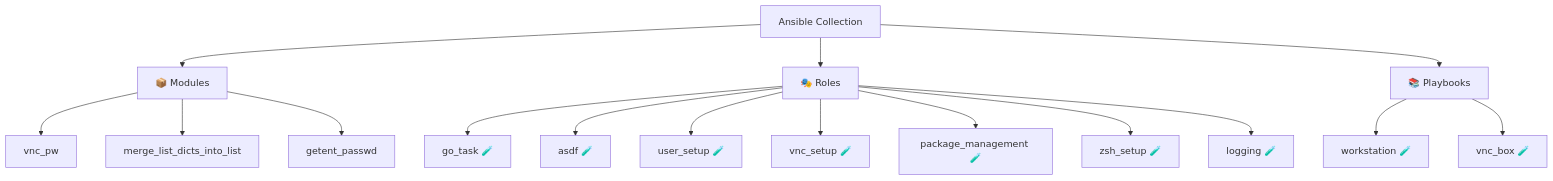
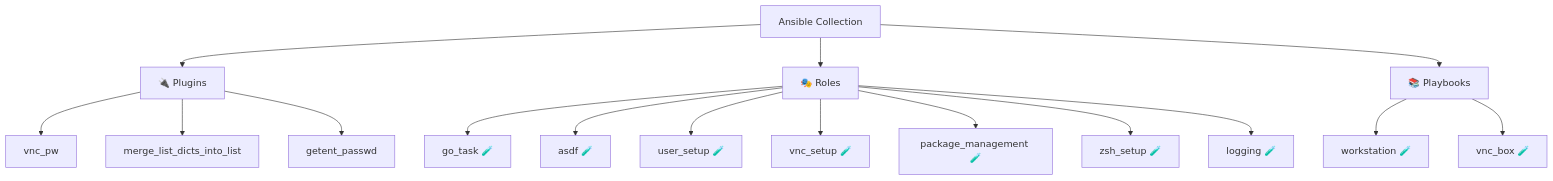
One commit to CowDogMoo/ansible-collection-workstation changed the diagram in README.md. Above: the diagram before and after it, drawn with Mermaid. The commit also changed 1 other file, not shown here.

Commit message:
refactor: replace modules with plugins in architecture diagram generation
**Changed:**

- Refactored internal structure and output to use "plugins" instead of "modules"
  for consistency with Ansible terminology in `.hooks/gen-arch-diagram.py`
- Updated Mermaid diagram generation to show plugins as a group, replacing the
  modules section and adjusting node labels for plugins and playbooks
- Removed handling and diagram output of GitHub workflows from architecture
  analysis and diagram
- Updated collection summary output to reflect plugins count instead of modules
- Adjusted README.md diagram to display plugins instead of modules, updated node
  labels for plugins and playbooks for clarity

````diff
--- a/README.md
+++ b/README.md
@@ -15,19 +15,19 @@
 ```mermaid
 graph TD
     Collection[Ansible Collection]
-    Collection --> Modules[📦 Modules]
-    Modules --> M0[vnc_pw]
-    Modules --> M1[merge_list_dicts_into_list]
-    Modules --> M2[getent_passwd]
+    Collection --> Plugins[🔌 Plugins]
+    Plugins --> P0[vnc_pw]
+    Plugins --> P1[merge_list_dicts_into_list]
+    Plugins --> P2[getent_passwd]
     Collection --> Roles[🎭 Roles]
     Roles --> R0[go_task 🧪]
     Roles --> R1[asdf 🧪]
     Roles --> R2[user_setup 🧪]
     Roles --> R3[vnc_setup 🧪]
     Roles --> R4[package_management 🧪]
     Roles --> R5[zsh_setup 🧪]
     Roles --> R6[logging 🧪]
     Collection --> Playbooks[📚 Playbooks]
-    Playbooks --> P0[workstation 🧪]
-    Playbooks --> P1[vnc_box 🧪]
+    Playbooks --> PB0[workstation 🧪]
+    Playbooks --> PB1[vnc_box 🧪]
 ```
````
